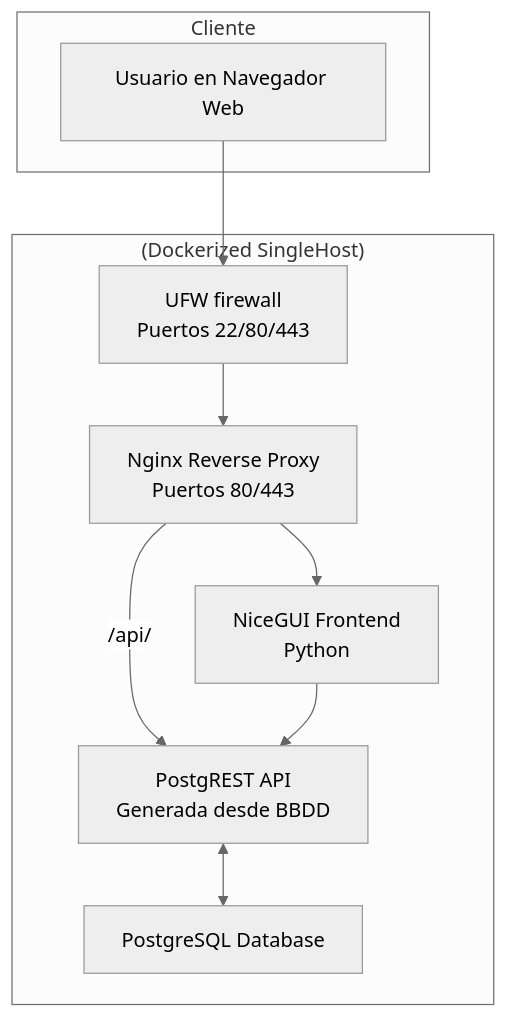
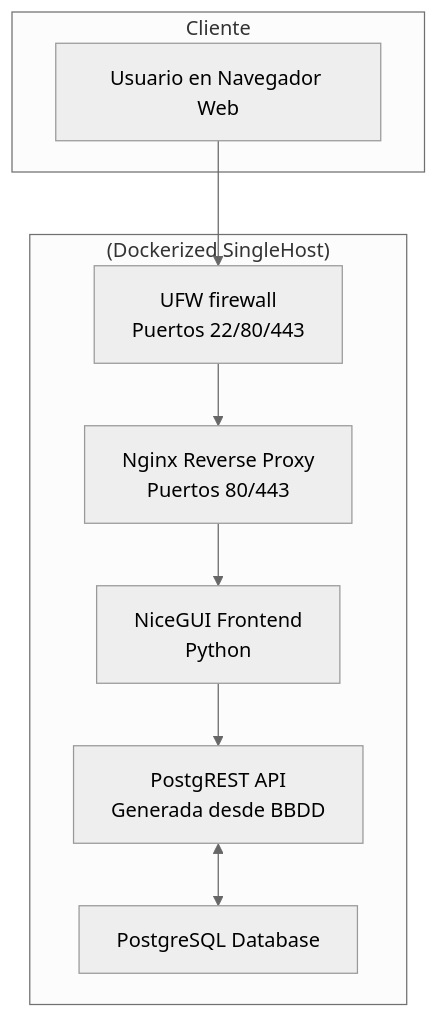
One commit to maiktreya/tenantsUnion changed the diagram in readme.md. Above: the diagram before and after it, drawn with Mermaid (neutral theme). The commit also changed 2 other files, not shown here.

Commit message:
fixed minor typos

````diff
--- a/readme.md
+++ b/readme.md
@@ -12,21 +12,20 @@
 ```mermaid
 graph TD
     subgraph "Cliente"
         A[Usuario en Navegador Web]
     end
 
     subgraph "(Dockerized SingleHost)"
         B[UFW firewall <br> Puertos 22/80/443]
         C[Nginx Reverse Proxy <br> Puertos 80/443]
         D[NiceGUI Frontend <br> Python]
         E[PostgREST API <br> Generada desde BBDD]
         F[PostgreSQL Database]
     end
 
     A --> B
     B --> C
     C --> D
-    C --"/api/"--> E
     D --> E
     E <--> F
 ```
````
